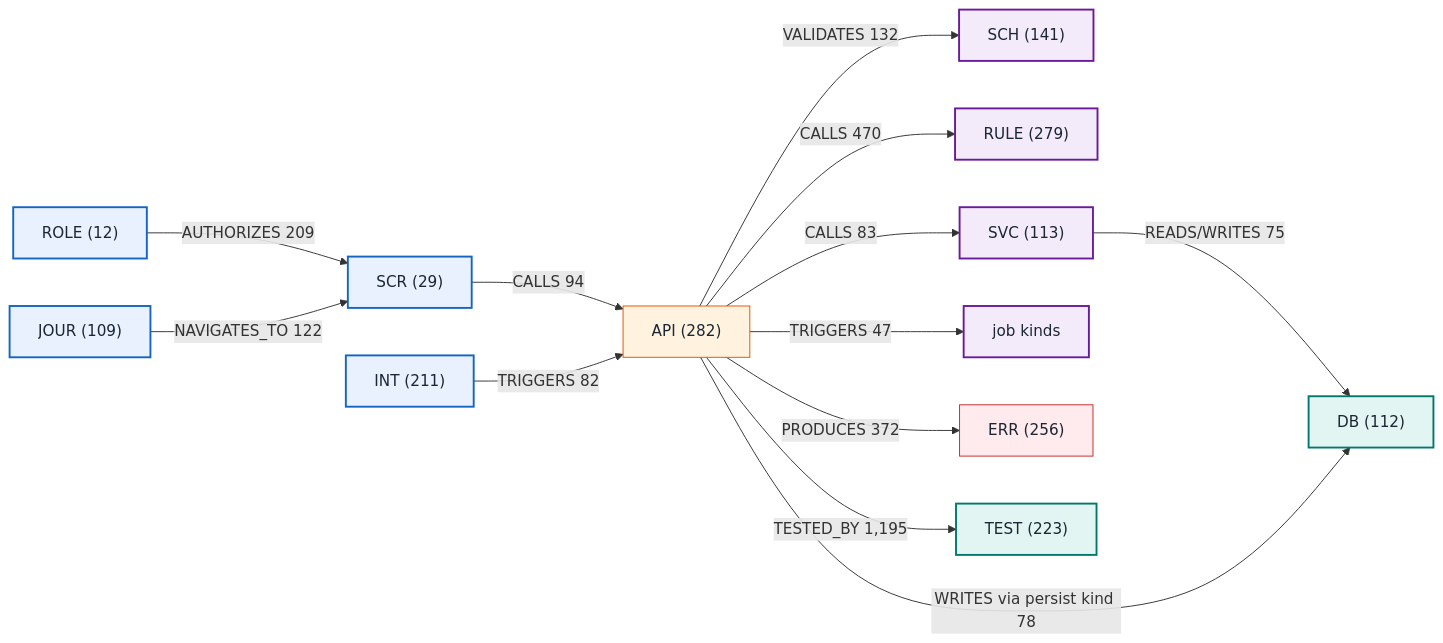
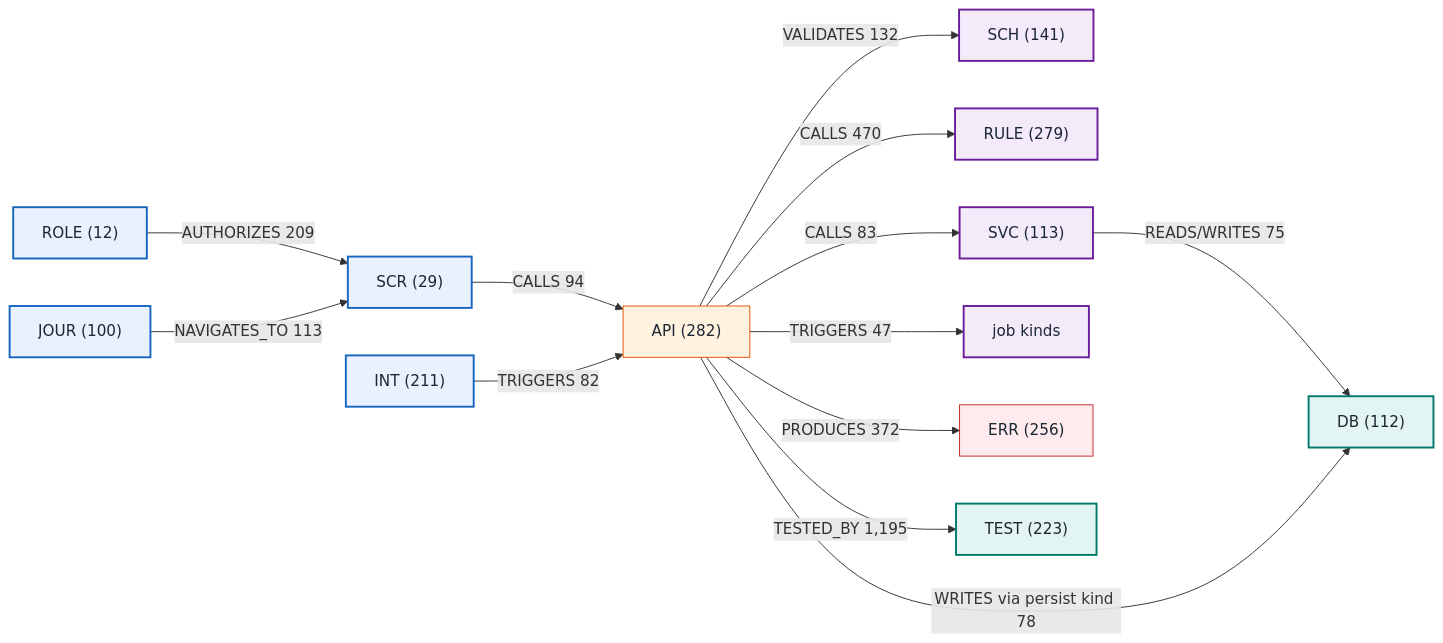
Before and after one commit to yhsomani/talentsphere-complete: the second of 22 diagrams in project-mindmap/master/MASTER_PROJECT_DIAGRAMS.md, drawn with Mermaid. The commit also changed other lines of this file and 29 other files, not shown here.

First line of the commit message:
docs: execution-backed project mind map, stable IDs and docs-vs-code reconciliation

````diff
--- a/project-mindmap/master/MASTER_PROJECT_DIAGRAMS.md
+++ b/project-mindmap/master/MASTER_PROJECT_DIAGRAMS.md
@@ -79,21 +79,21 @@
 ```mermaid
 flowchart LR
   R["ROLE (12)"]:::grpA -->|"AUTHORIZES 209"| S["SCR (29)"]:::grpA
   S -->|"CALLS 94"| P["API (282)"]:::api
   I["INT (211)"]:::grpA -->|"TRIGGERS 82"| P
-  J["JOUR (109)"]:::grpA -->|"NAVIGATES_TO 122"| S
+  J["JOUR (100)"]:::grpA -->|"NAVIGATES_TO 113"| S
   P -->|"VALIDATES 132"| SC["SCH (141)"]:::grpB
   P -->|"CALLS 470"| RU["RULE (279)"]:::grpB
   P -->|"CALLS 83"| SV["SVC (113)"]:::grpB
   P -->|"TRIGGERS 47"| JB["job kinds"]:::grpB
   SV -->|"READS/WRITES 75"| D["DB (112)"]:::grpC
   P -->|"WRITES via persist kind 78"| D
   P -->|"PRODUCES 372"| E["ERR (256)"]:::bad
   P -->|"TESTED_BY 1,195"| T["TEST (223)"]:::grpC
   classDef grpA fill:#e8f1fd,stroke:#1565c0,color:#1b2733,stroke-width:2px;
   classDef grpB fill:#f3eafa,stroke:#6a1b9a,color:#1b2733,stroke-width:2px;
   classDef grpC fill:#e3f5f2,stroke:#00796b,color:#1b2733,stroke-width:2px;
   classDef hub fill:#ffffff,stroke:#1b2733,stroke-width:4px,color:#1b2733;
   classDef api fill:#fff3e0,stroke:#e65100,color:#1b2733;
   classDef bad fill:#ffebee,stroke:#c62828,color:#1b2733;
 ```
````
